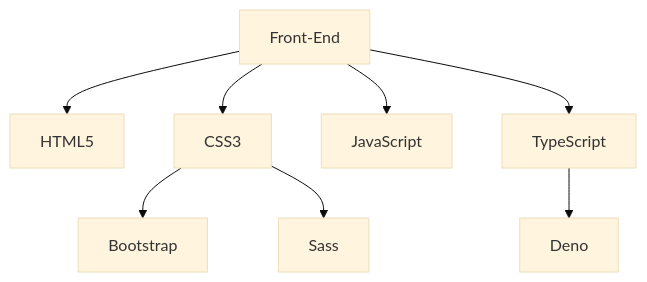
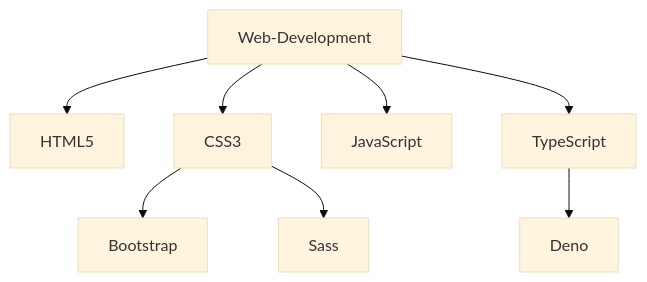
One commit to Victor-A-P/Victor-A-P changed the second of 4 diagrams in README.md. Above: the diagram before and after it, drawn with Mermaid (base theme). The commit also changed other lines of this file, not shown here.

````diff
--- a/README.md
+++ b/README.md
@@ -122,14 +101,14 @@
 ```mermaid
 graph TD;
-    Front-End-->HTML5;
-    Front-End-->CSS3;
-    Front-End-->JavaScript;
-    Front-End-->TypeScript;
+   Web-Development-->HTML5;
+    Web-Development-->CSS3;
+    Web-Development-->JavaScript;
+    Web-Development-->TypeScript;
 
     CSS3-->Bootstrap;
     CSS3-->Sass
 
     TypeScript-->Deno
    
    
 ```
````
